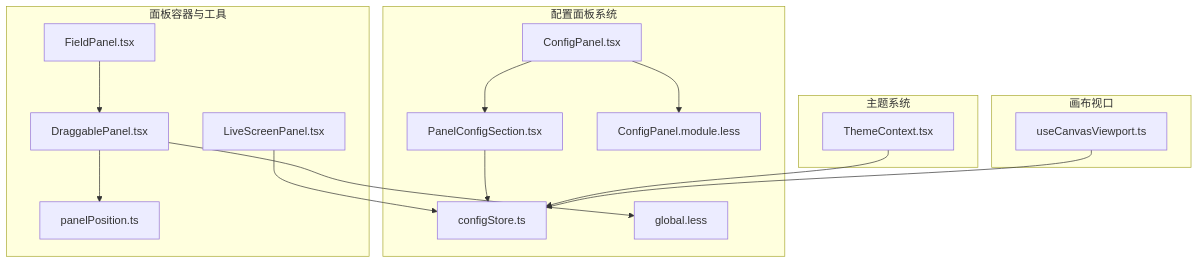
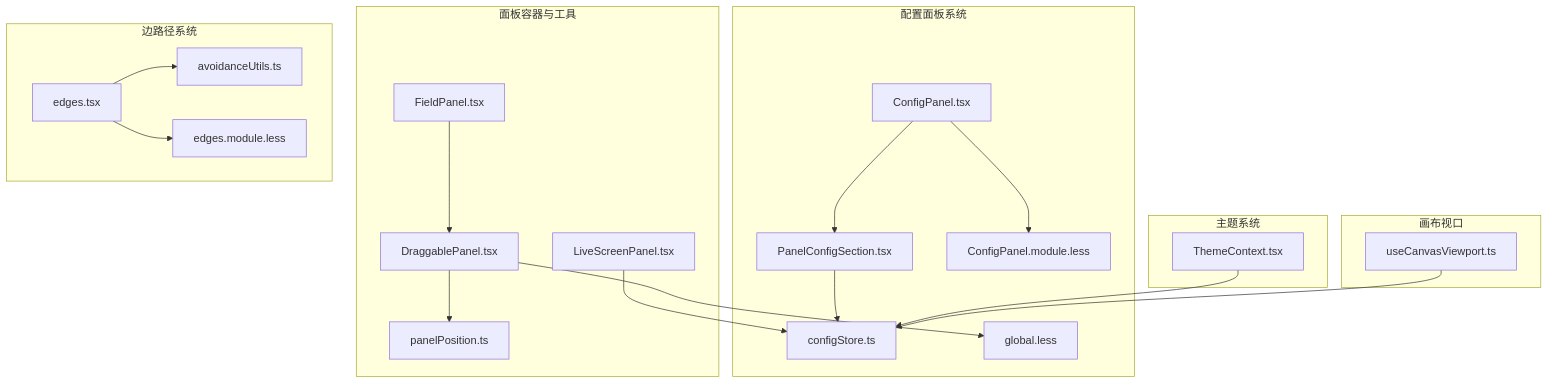
One commit to kqcoxn/MaaPipelineEditor changed the first of 11 diagrams in .qoder/repowiki/zh/content/用户界面/面板系统/配置面板/面板配置区域.md. Above: the diagram before and after it, drawn with Mermaid. The commit also changed other lines of this file and 19 other files, not shown here.

````diff
--- a/.qoder/repowiki/zh/content/用户界面/面板系统/配置面板/面板配置区域.md
+++ b/.qoder/repowiki/zh/content/用户界面/面板系统/配置面板/面板配置区域.md
@@ -40,31 +52,38 @@
 ```mermaid
 graph TB
 subgraph "配置面板系统"
 CP["ConfigPanel.tsx"]
 PCS["PanelConfigSection.tsx"]
 CS["configStore.ts"]
 CFG_LESS["ConfigPanel.module.less"]
 GLB_LESS["global.less"]
 end
 subgraph "面板容器与工具"
 DP["DraggablePanel.tsx"]
 PP["panelPosition.ts"]
 FLP["FieldPanel.tsx"]
 LSP["LiveScreenPanel.tsx"]
 end
+subgraph "边路径系统"
+EDGES["edges.tsx"]
+AVOID["avoidanceUtils.ts"]
+EDGES_LESS["edges.module.less"]
+end
 subgraph "主题系统"
 TC["ThemeContext.tsx"]
 end
 subgraph "画布视口"
 UCV["useCanvasViewport.ts"]
 end
 CP --> PCS
 PCS --> CS
 DP --> PP
 FLP --> DP
 LSP --> CS
+EDGES --> AVOID
 CP --> CFG_LESS
 DP --> GLB_LESS
+EDGES --> EDGES_LESS
 TC --> CS
 UCV --> CS
 ```
````
